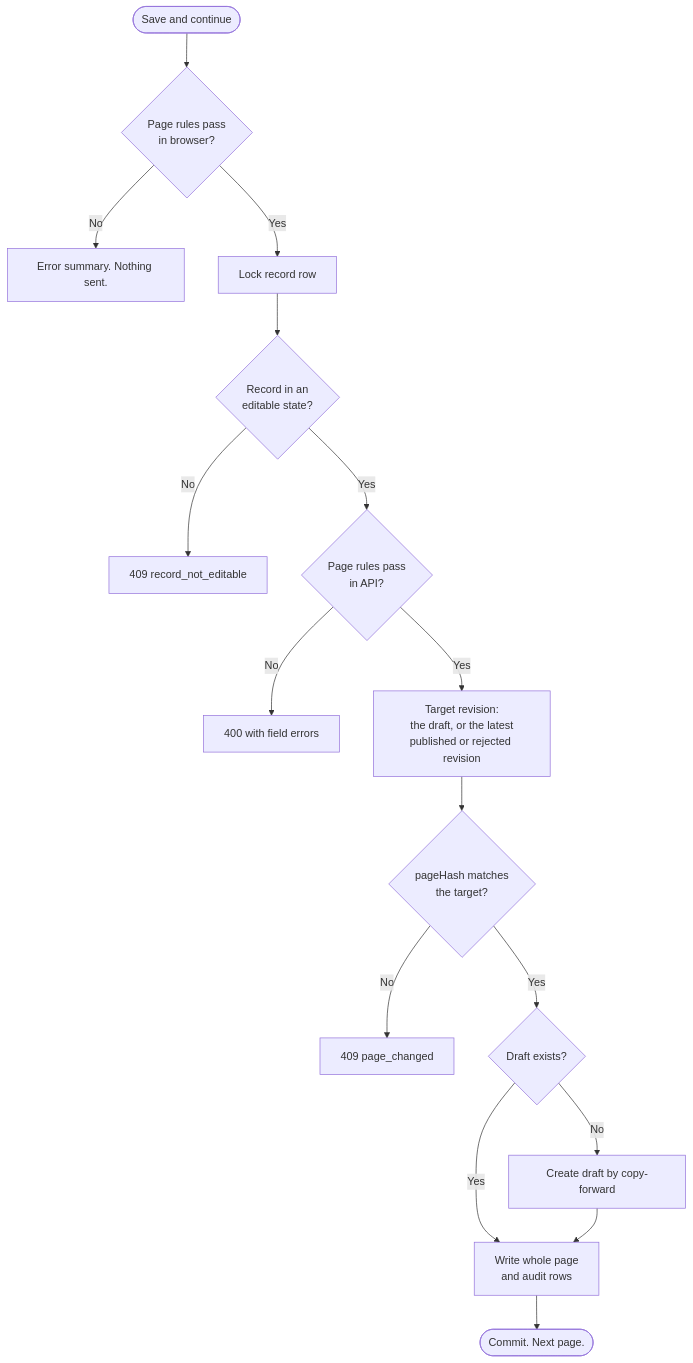
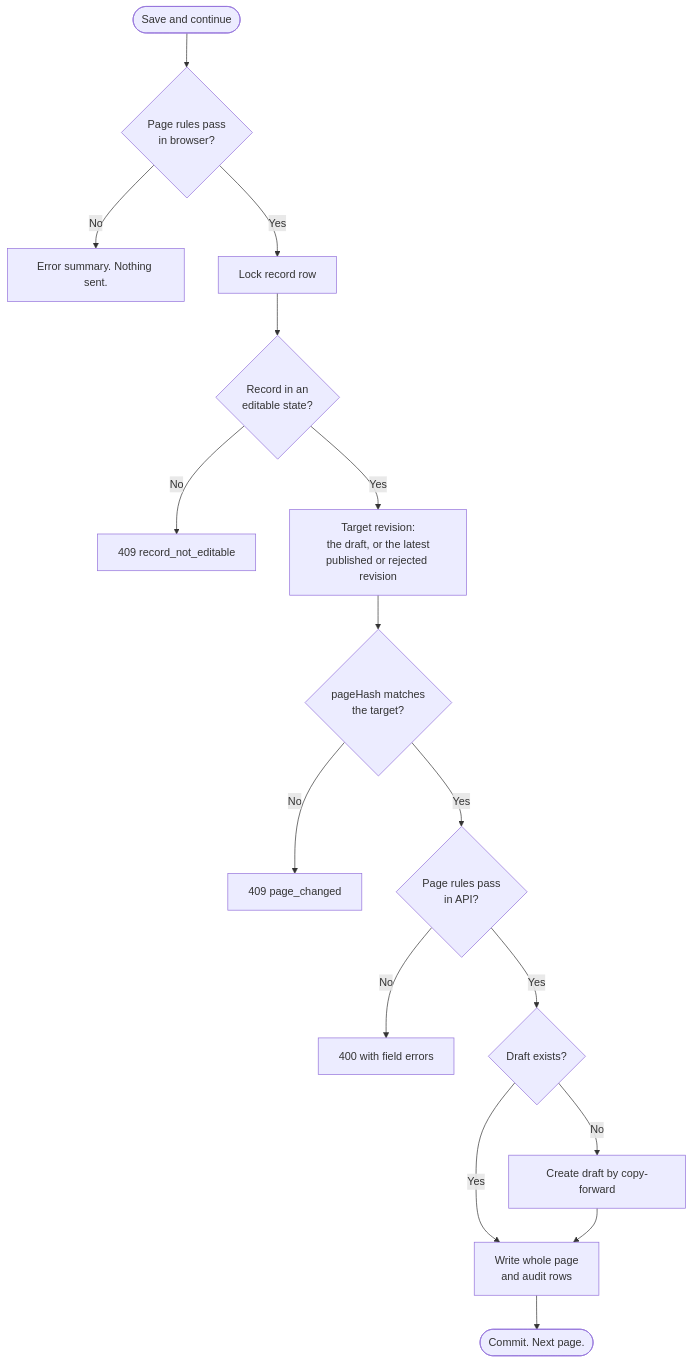
Before and after one commit to ditnice/aws-UKPS: the first of 2 diagrams in documentation/records/validation-and-concurrency.md, drawn with Mermaid. The commit also changed other lines of this file, not shown here.

Commit message:
Updated order of validatoin checks; removed redundant section references

````diff
--- a/documentation/records/validation-and-concurrency.md
+++ b/documentation/records/validation-and-concurrency.md
@@ -33,18 +29,18 @@
 ```mermaid
 flowchart TD
     S([Save and continue]) --> BV{Page rules pass<br/>in browser?}
     BV -- No --> E1[Error summary. Nothing sent.]
     BV -- Yes --> L[Lock record row]
     L --> ED{Record in an <br/>editable state?}
     ED -- No --> E3[409 record_not_editable]
-    ED -- Yes --> AV{Page rules pass<br/>in API?}
-    AV -- No --> E2[400 with field errors]
-    AV -- Yes --> T["Target revision:<br/>the draft, or the latest<br/>published or rejected revision"]
+    ED -- Yes --> T["Target revision:<br/>the draft, or the latest<br/>published or rejected revision"]
     T --> H{pageHash matches<br/>the target?}
     H -- No --> E4[409 page_changed]
-    H -- Yes --> DR{Draft exists?}
+    H -- Yes --> AV{Page rules pass<br/>in API?}
+    AV -- No --> E2[400 with field errors]
+    AV -- Yes --> DR{Draft exists?}
     DR -- No --> CF[Create draft by copy-forward]
     DR -- Yes --> W[Write whole page<br/>and audit rows]
     CF --> W
     W --> OK([Commit. Next page.])
 ```
````
